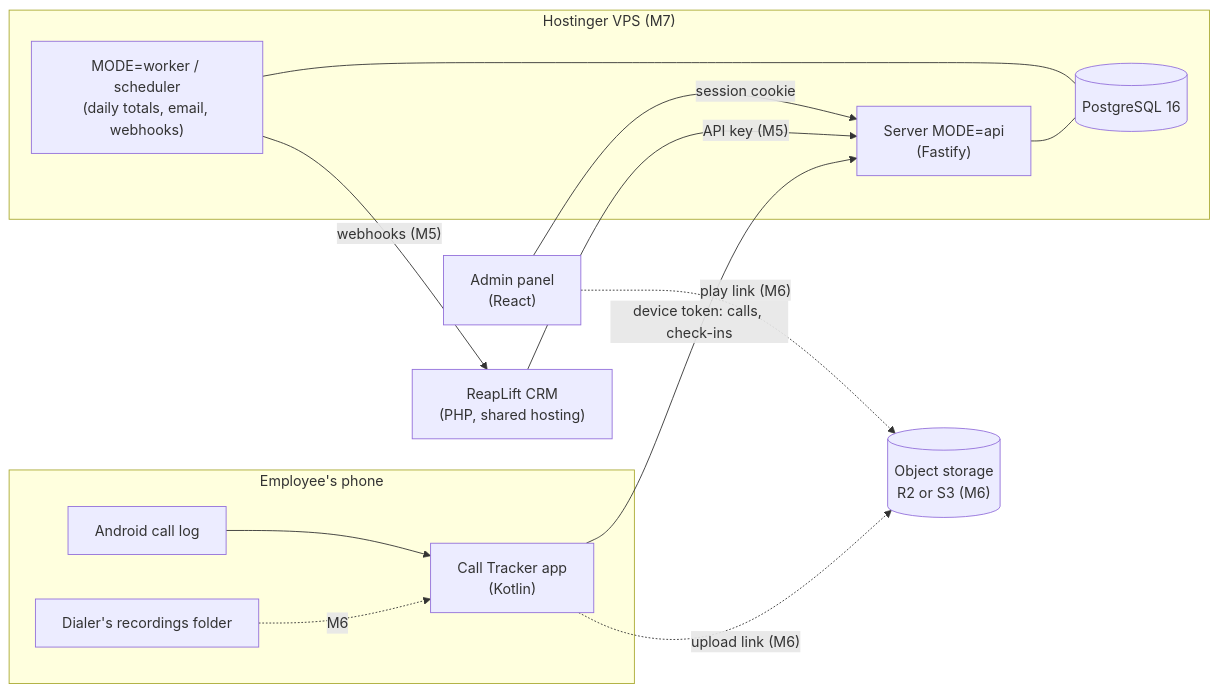
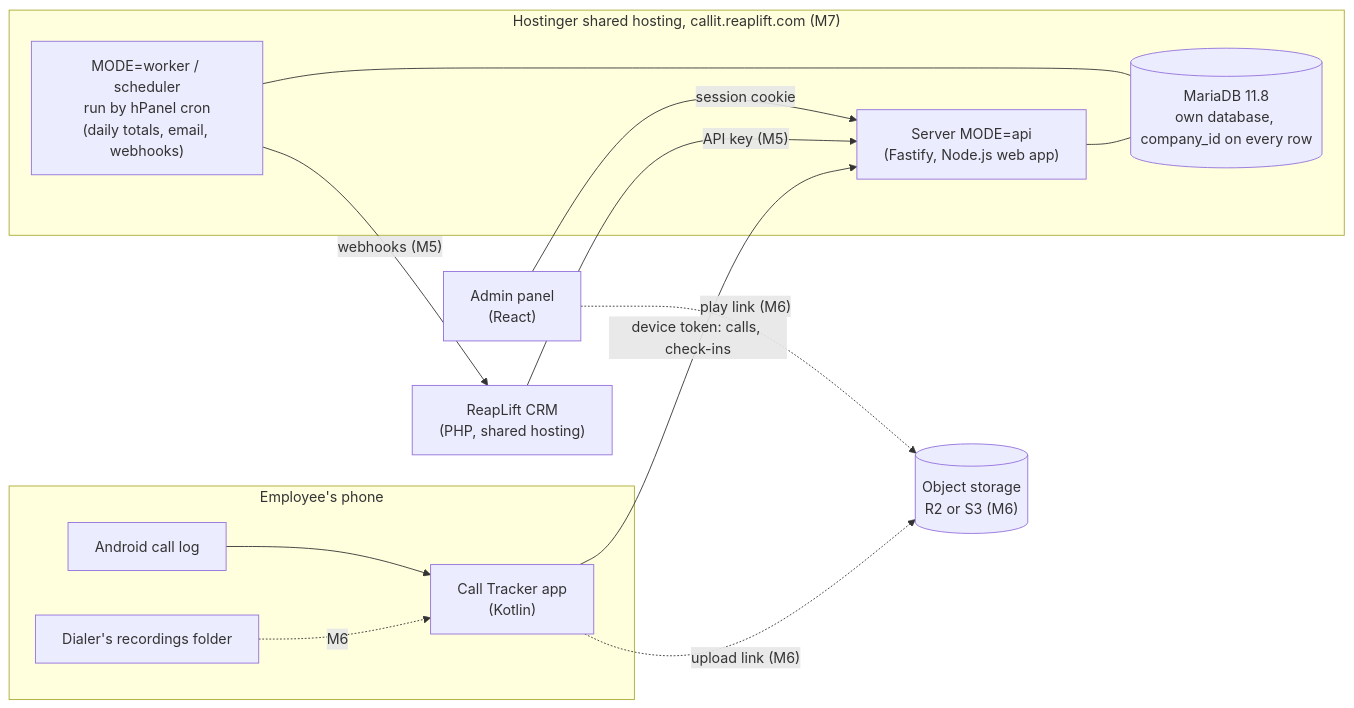
Before and after one commit to reaplift/reaplift-call-tracker: the diagram in docs/requirements-and-hld.md, drawn with Mermaid. The commit also changed other lines of this file and 13 other files, not shown here.

````diff
--- a/docs/requirements-and-hld.md
+++ b/docs/requirements-and-hld.md
@@ -95,26 +106,26 @@
 ```mermaid
 flowchart LR
   subgraph Phone["Employee's phone"]
     CL["Android call log"]
     DR["Dialer's recordings folder"]
     APP["Call Tracker app<br/>(Kotlin)"]
     CL --> APP
     DR -. "M6" .-> APP
   end
-  subgraph VPS["Hostinger VPS (M7)"]
-    API["Server MODE=api<br/>(Fastify)"]
-    WK["MODE=worker / scheduler<br/>(daily totals, email, webhooks)"]
-    DB[("PostgreSQL 16")]
+  subgraph VPS["Hostinger shared hosting, callit.reaplift.com (M7)"]
+    API["Server MODE=api<br/>(Fastify, Node.js web app)"]
+    WK["MODE=worker / scheduler<br/>run by hPanel cron<br/>(daily totals, email, webhooks)"]
+    DB[("MariaDB 11.8<br/>own database, company_id on every row")]
     API --- DB
     WK --- DB
   end
   OBJ[("Object storage<br/>R2 or S3 (M6)")]
   PANEL["Admin panel<br/>(React)"]
   CRM["ReapLift CRM<br/>(PHP, shared hosting)"]
   APP -- "device token: calls, check-ins" --> API
   APP -. "upload link (M6)" .-> OBJ
   PANEL -- "session cookie" --> API
   CRM -- "API key (M5)" --> API
   WK -- "webhooks (M5)" --> CRM
   PANEL -. "play link (M6)" .-> OBJ
 ```
````
